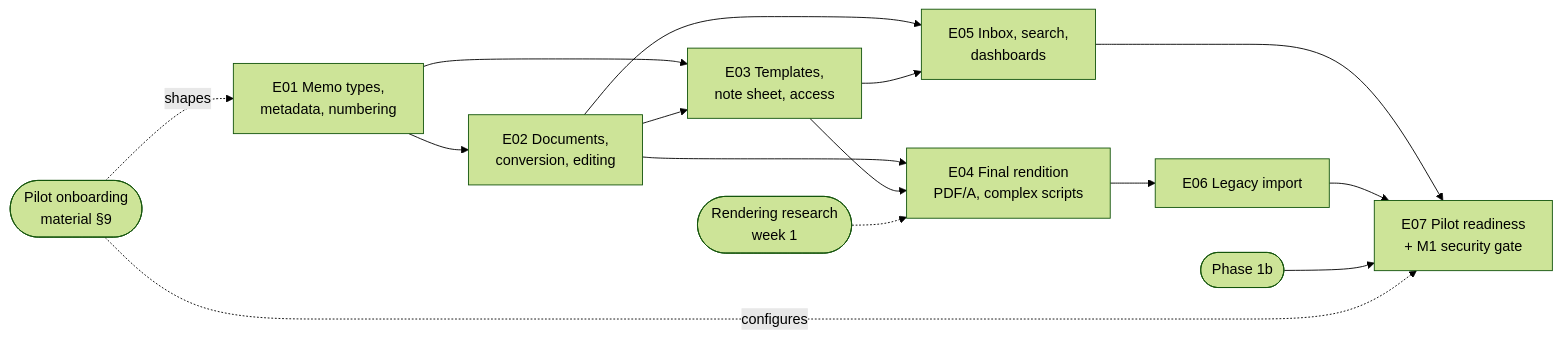
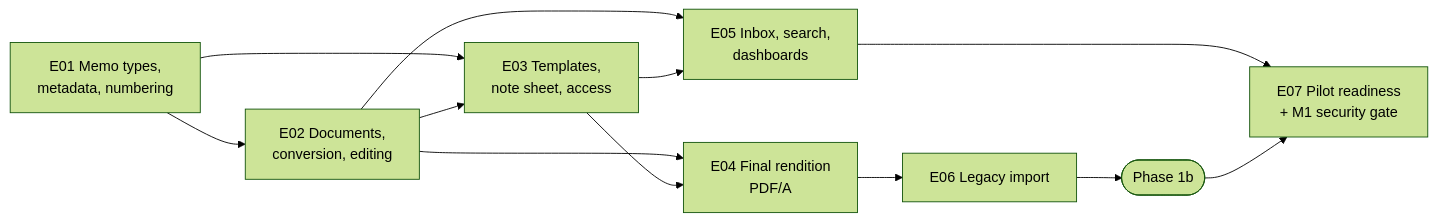
The diagram in docs/plan/phase-3-memo-efile/overview.md (nazihar/memo-revamp), drawn with Mermaid (forest theme) before and after one commit. The commit also changed other lines of this file and 2 other files, not shown here.

First line of the commit message:
docs(phase 3): record the owner's approval

````diff
--- a/docs/plan/phase-3-memo-efile/overview.md
+++ b/docs/plan/phase-3-memo-efile/overview.md
@@ -50,17 +52,14 @@
 ```mermaid
 flowchart LR
   E01[E01 Memo types,<br/>metadata, numbering] --> E02[E02 Documents,<br/>conversion, editing]
   E01 --> E03[E03 Templates,<br/>note sheet, access]
   E02 --> E03
-  E02 --> E04[E04 Final rendition<br/>PDF/A, complex scripts]
+  E02 --> E04[E04 Final rendition<br/>PDF/A]
   E03 --> E04
-  RS([Rendering research<br/>week 1]) -.-> E04
   E02 --> E05[E05 Inbox, search,<br/>dashboards]
   E03 --> E05
   E04 --> E06[E06 Legacy import]
   E05 --> E07[E07 Pilot readiness<br/>+ M1 security gate]
-  E06 --> E07
-  P1B([Phase 1b]) --> E07
-  PILOT([Pilot onboarding<br/>material §9]) -. configures .-> E07
-  PILOT -. shapes .-> E01
+  E06 --> P1B([Phase 1b])
+  P1B --> E07
 ```
````
